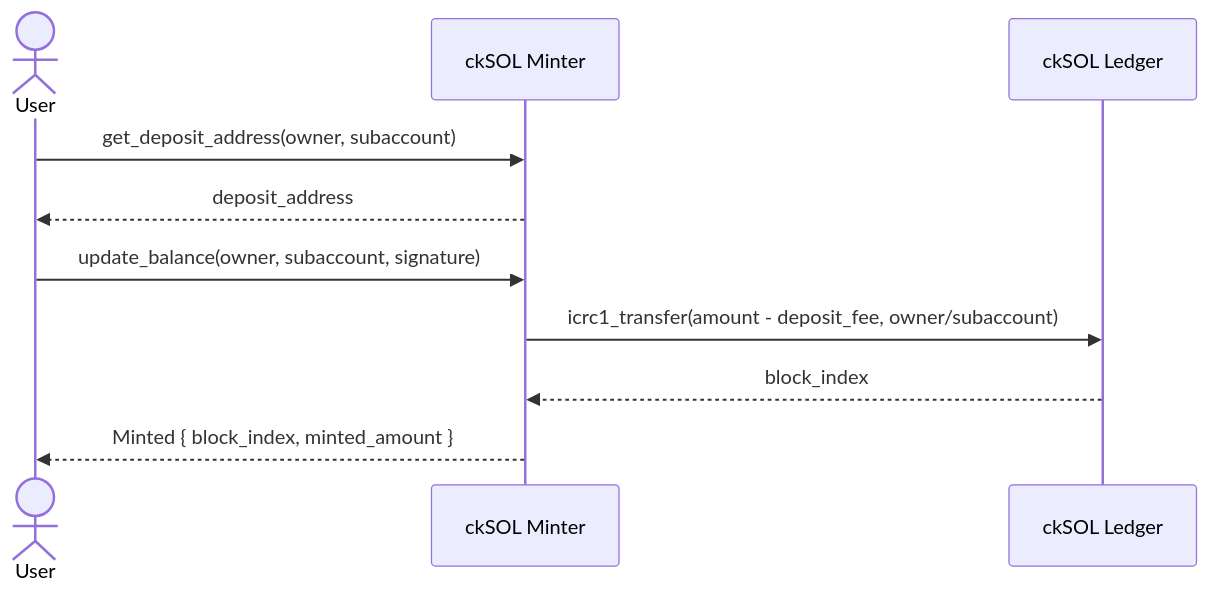
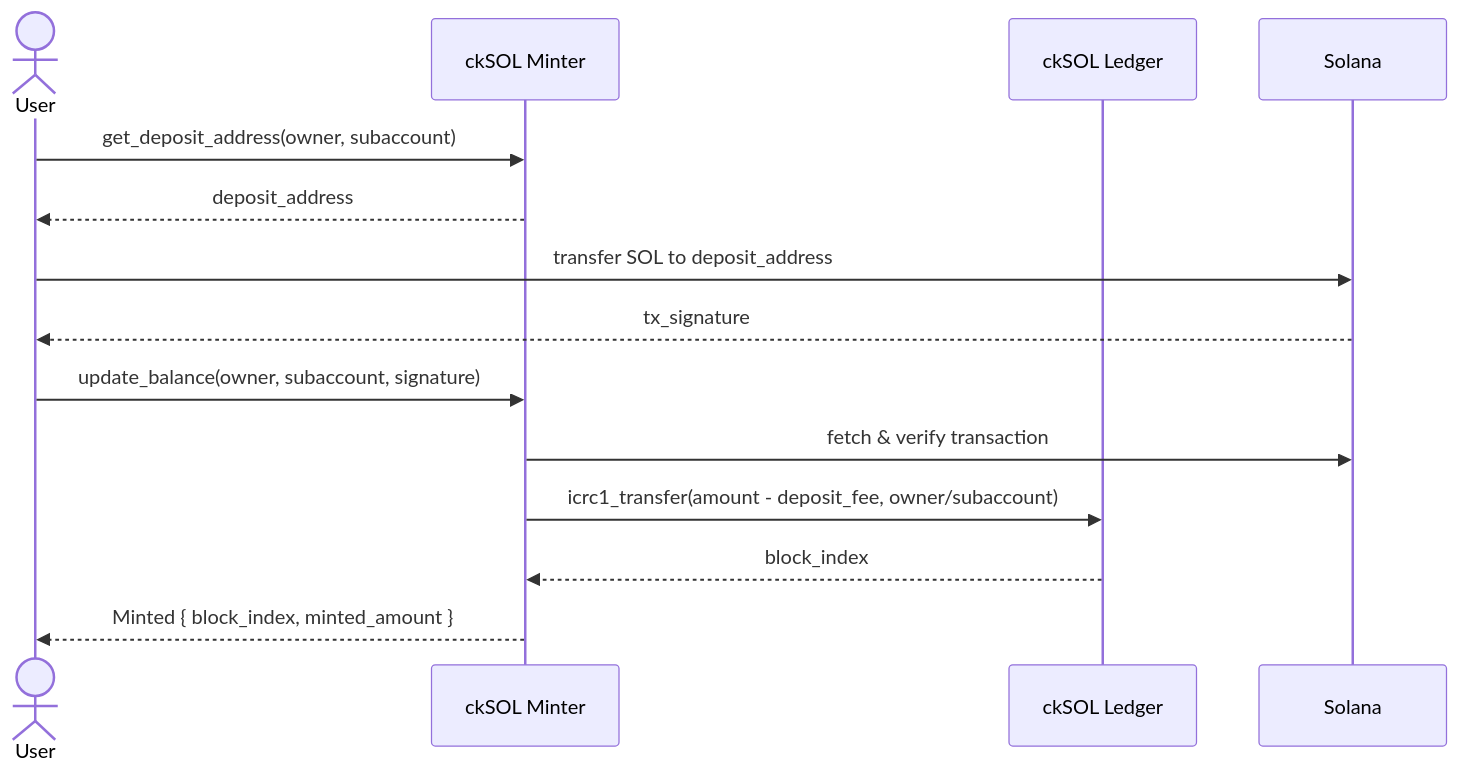
The first of 2 diagrams in README.md (dfinity/cksol), drawn with Mermaid before and after one commit. The commit also changed other lines of this file, not shown here.

First line of the commit message:
docs: add Solana to sequence diagrams and clarify burn/async semantics

````diff
--- a/README.md
+++ b/README.md
@@ -48,14 +48,19 @@
 ```mermaid
 sequenceDiagram
     actor User
     participant Minter as ckSOL Minter
     participant Ledger as ckSOL Ledger
+    participant Solana
 
     User->>Minter: get_deposit_address(owner, subaccount)
     Minter-->>User: deposit_address
 
+    User->>Solana: transfer SOL to deposit_address
+    Solana-->>User: tx_signature
+
     User->>Minter: update_balance(owner, subaccount, signature)
+    Minter->>Solana: fetch & verify transaction
     Minter->>Ledger: icrc1_transfer(amount - deposit_fee, owner/subaccount)
     Ledger-->>Minter: block_index
     Minter-->>User: Minted { block_index, minted_amount }
 ```
````
